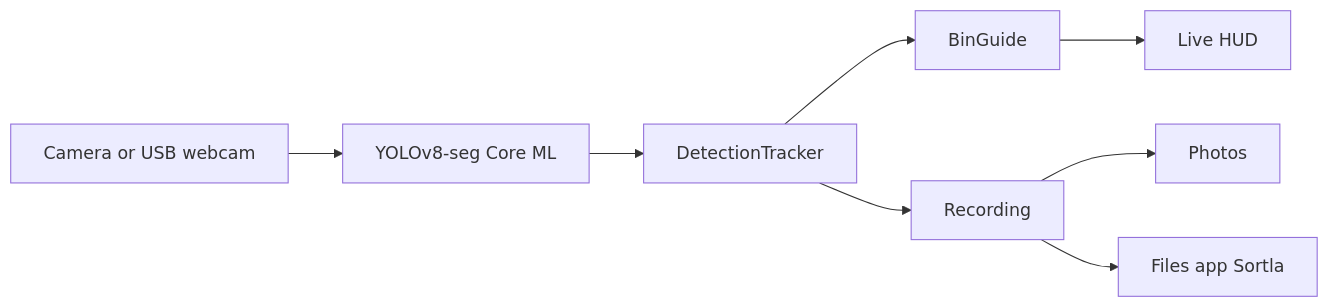
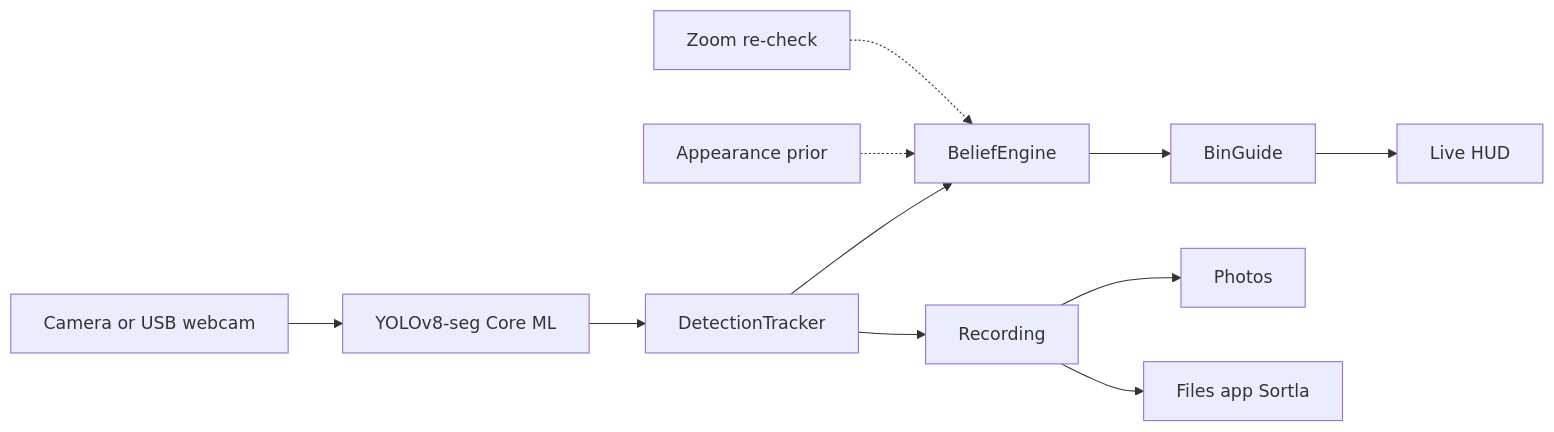
The diagram in README.md (JavohirMX/waste-sort), drawn with Mermaid before and after one commit. The commit also changed other lines of this file and 1 other file, not shown here.

Commit message:
docs: belief-pipeline README, material-taxonomy roadmap, AGENTS SSOT row

````diff
--- a/README.md
+++ b/README.md
@@ -43,17 +43,21 @@
 ```mermaid
 flowchart LR
   camera[Camera or USB webcam]
   yolo[YOLOv8-seg Core ML]
   tracker[DetectionTracker]
+  belief[BeliefEngine]
   bins[BinGuide]
   hud[Live HUD]
   rec[Recording]
 
   camera --> yolo
   yolo --> tracker
-  tracker --> bins
+  tracker --> belief
+  appearance[Appearance prior] -.-> belief
+  recheck[Zoom re-check] -.-> belief
+  belief --> bins
   bins --> hud
   tracker --> rec
   rec --> photos[Photos]
   rec --> files[Files app Sortla]
 ```
````
